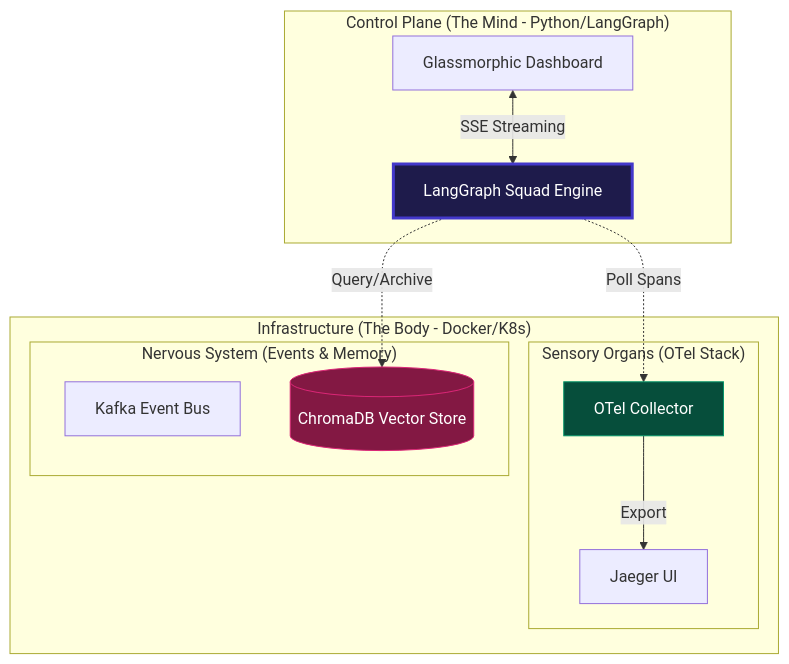
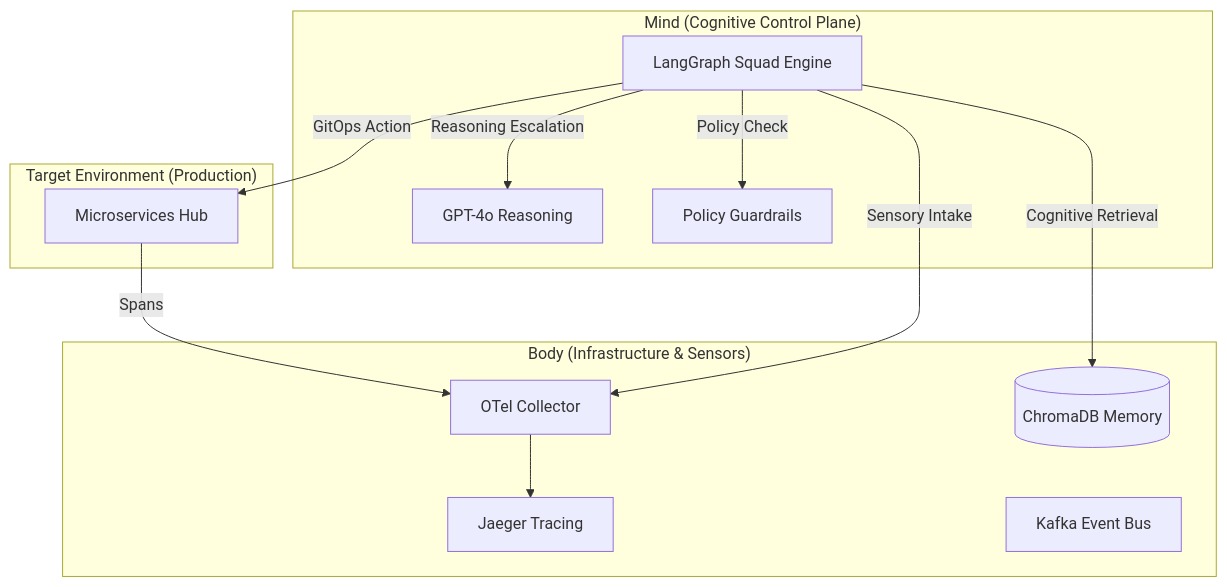
One commit to mohammedsalmanj/sre.space-cp changed the diagram in README.md. Above: the diagram before and after it, drawn with Mermaid. The commit also changed other lines of this file and 2 other files, not shown here.

Commit message:
docs: revamp README with high-fidelity visuals, Mermaid diagrams, and HITL safety specs

````diff
--- a/README.md
+++ b/README.md
@@ -18,28 +25,27 @@
 ```mermaid
 graph TD
-    subgraph "Control Plane (The Mind - Python/LangGraph)"
-        UI[Glassmorphic Dashboard]
+    subgraph "Mind (Cognitive Control Plane)"
         Logic[LangGraph Squad Engine]
-        UI <-->|SSE Streaming| Logic
+        Brain[GPT-4o Reasoning]
+        Guard[Policy Guardrails]
     end
 
-    subgraph "Infrastructure (The Body - Docker/K8s)"
-        subgraph "Sensory Organs (OTel Stack)"
-            Collector[OTel Collector]
-            Jaeger[Jaeger UI]
-        end
-        subgraph "Nervous System (Events & Memory)"
-            Kafka[Kafka Event Bus]
-            Chroma[(ChromaDB Vector Store)]
-        end
+    subgraph "Body (Infrastructure & Sensors)"
+        OTel[OTel Collector]
+        Jaeger[Jaeger Tracing]
+        Kafka[Kafka Event Bus]
+        DB[(ChromaDB Memory)]
     end
 
-    %% Connections
-    Logic -.->|Poll Spans| Collector
-    Logic -.->|Query/Archive| Chroma
-    Collector -->|Export| Jaeger
-    
-    style Logic fill:#1e1b4b,stroke:#4338ca,color:#fff,stroke-width:3px
-    style Collector fill:#064e3b,stroke:#059669,color:#fff
-    style Chroma fill:#831843,stroke:#db2777,color:#fff
+    subgraph "Target Environment (Production)"
+        Apps[Microservices Hub]
+        Apps -->|Spans| OTel
+    end
+
+    OTel --> Jaeger
+    Logic -->|Sensory Intake| OTel
+    Logic -->|Cognitive Retrieval| DB
+    Logic -->|Reasoning Escalation| Brain
+    Logic -->|Policy Check| Guard
+    Logic -->|GitOps Action| Apps
 ```
````
